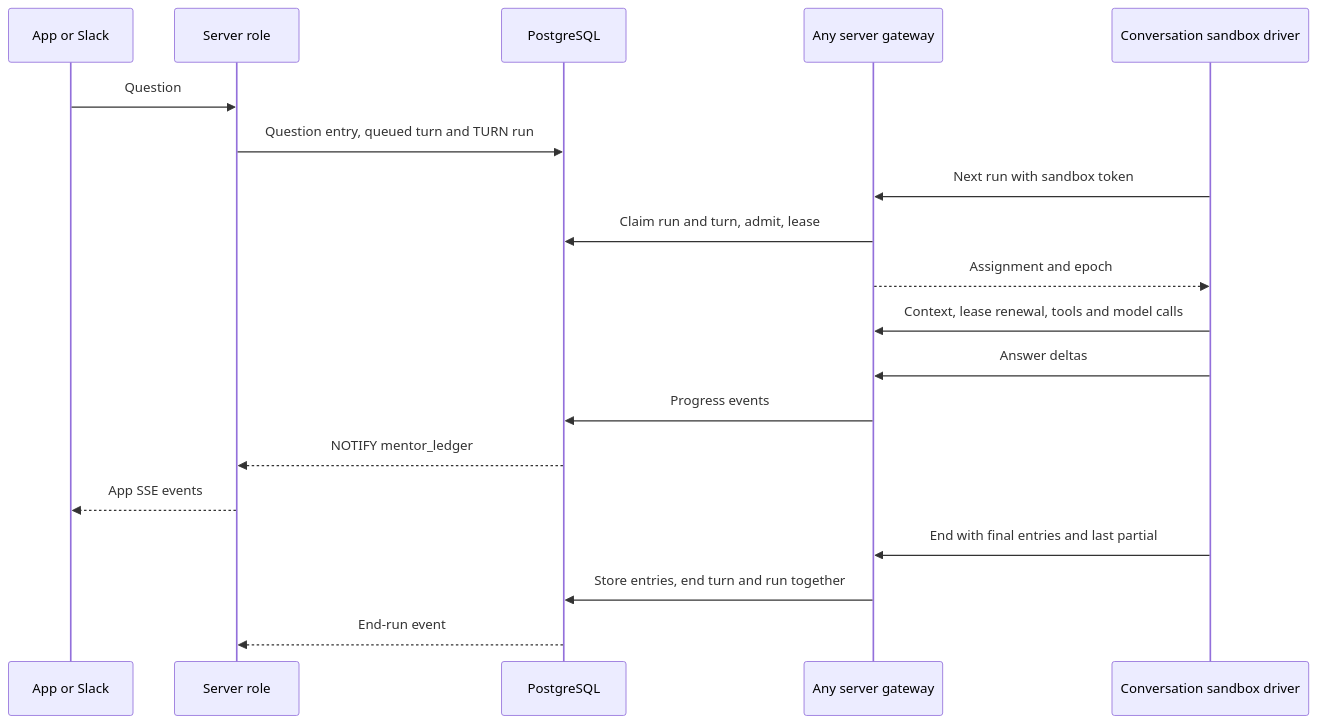
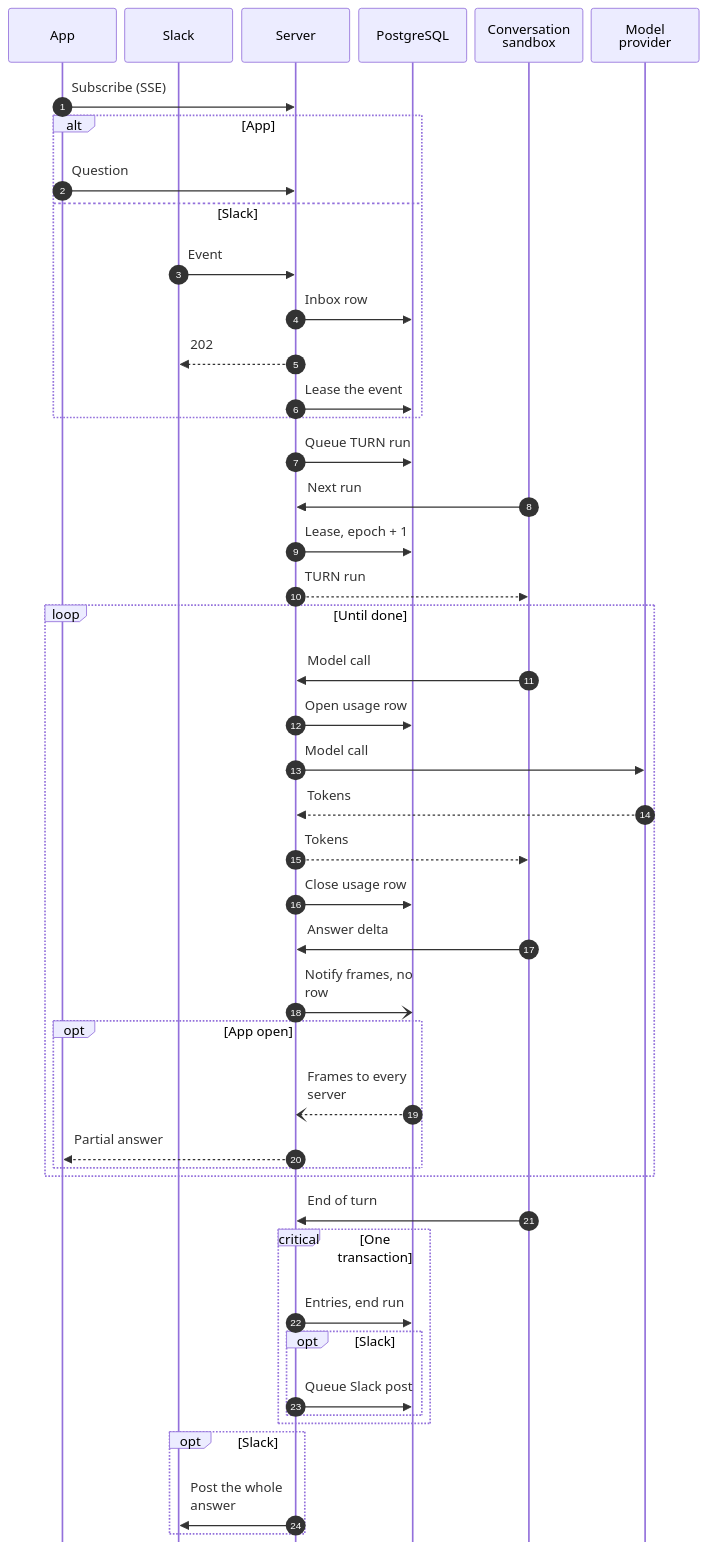
One commit to hephaestus-build/Hephaestus changed the second of 2 diagrams in docs/contributor/system-design.mdx. Above: the diagram before and after it, drawn with Mermaid. The commit also changed other lines of this file and 50 other files, not shown here.

First line of the commit message:
docs: system diagrams of Hephaestus at several levels of detail

````diff
--- a/docs/contributor/system-design.mdx
+++ b/docs/contributor/system-design.mdx
@@ -124,23 +222,58 @@
 ```mermaid
+---
+config:
+  sequence:
+    actorMargin: 10
+    width: 130
+    wrap: true
+    messageAlign: left
+    mirrorActors: false
+---
 sequenceDiagram
     accTitle: One conversation turn
-    accDescr: The server stores the question, queued turn and TURN run. The conversation sandbox driver claims the run, renews its lease and sends deltas through any server gateway. PostgreSQL notifies each live hub for app SSE. The end stores the final entries and ends the turn and run together.
-    participant C as App or Slack
-    participant S as Server role
+    accDescr: The app subscribes to the conversation stream. A question arrives from the app, or from Slack through the inbox, which the server then leases. The server stores it and queues a TURN run. The sandbox leases the run. It calls the model through the sandbox gateway, which opens a usage row, forwards the call and closes the row. The sandbox sends answer deltas. The server stores no row for them: it sends each one as notification frames through PostgreSQL to every server, and the live hub that holds the app's stream sends the partial answer to the app while the app is open. At the end, in one transaction, the server stores the entries, ends the run and, for Slack, queues the post in the outbox. The outbox then posts the whole answer to Slack.
+    autonumber
+    participant A as App
+    participant L as Slack
+    participant S as Server
     participant DB as PostgreSQL
-    participant W as Any server gateway
-    participant L as Conversation sandbox driver
-    C->>S: Question
-    S->>DB: Question entry, queued turn and TURN run
-    L->>W: Next run with sandbox token
-    W->>DB: Claim run and turn, admit, lease
-    W-->>L: Assignment and epoch
-    L->>W: Context, lease renewal, tools and model calls
-    L->>W: Answer deltas
-    W->>DB: Progress events
-    DB-->>S: NOTIFY mentor_ledger
-    S-->>C: App SSE events
-    L->>W: End with final entries and last partial
-    W->>DB: Store entries, end turn and run together
-    DB-->>S: End-run event
+    participant X as Conversation sandbox
+    participant M as Model provider
+    A->>S: Subscribe (SSE)
+    alt App
+        A->>S: Question
+    else Slack
+        L->>S: Event
+        S->>DB: Inbox row
+        S-->>L: 202
+        S->>DB: Lease the event
+    end
+    S->>DB: Queue TURN run
+    X->>S: Next run
+    S->>DB: Lease, epoch + 1
+    S-->>X: TURN run
+    loop Until done
+        X->>S: Model call
+        S->>DB: Open usage row
+        S->>M: Model call
+        M-->>S: Tokens
+        S-->>X: Tokens
+        S->>DB: Close usage row
+        X->>S: Answer delta
+        S-)DB: Notify frames, no row
+        opt App open
+            DB--)S: Frames to every server
+            S-->>A: Partial answer
+        end
+    end
+    X->>S: End of turn
+    critical One transaction
+        S->>DB: Entries, end run
+        opt Slack
+            S->>DB: Queue Slack post
+        end
+    end
+    opt Slack
+        S->>L: Post the whole answer
+    end
 ```
````
